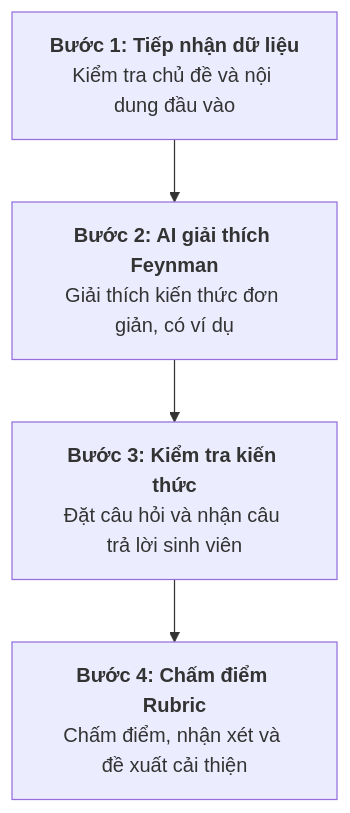
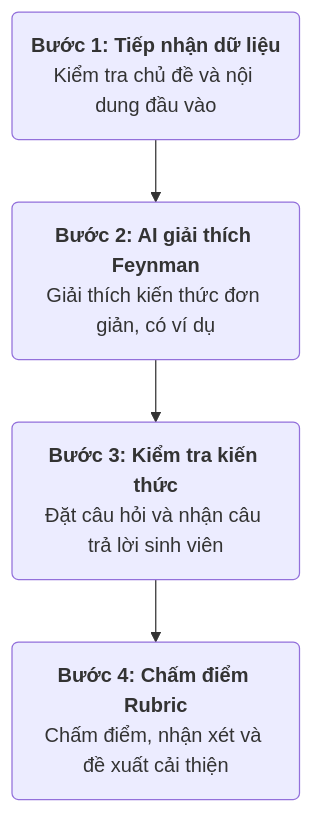
One commit to Duyanh2k8/HCM-KS26-CNTT1_PromptingAI_Session06_Ex03 changed the diagram in README.md. Above: the diagram before and after it, drawn with Mermaid.

````diff
--- a/README.md
+++ b/README.md
@@ -14,11 +14,11 @@
 ```mermaid
 flowchart TD
-  A["<b>Bước 1: Tiếp nhận dữ liệu</b></br>Kiểm tra chủ đề và nội dung đầu vào"]
-  B["<b>Bước 2: AI giải thích Feynman</b></br>Giải thích kiến thức đơn giản, có ví dụ"]
-  C["<b>Bước 3: Kiểm tra kiến thức</b></br>Đặt câu hỏi và nhận câu trả lời sinh viên"]
-  D["<b>Bước 4: Chấm điểm Rubric</b></br>Chấm điểm, nhận xét và đề xuất cải thiện"]
+  A("<b>Bước 1: Tiếp nhận dữ liệu</b></br>Kiểm tra chủ đề và nội dung đầu vào")
+  B("<b>Bước 2: AI giải thích Feynman</b></br>Giải thích kiến thức đơn giản, có ví dụ")
+  C("<b>Bước 3: Kiểm tra kiến thức</b></br>Đặt câu hỏi và nhận câu trả lời sinh viên")
+  D("<b>Bước 4: Chấm điểm Rubric</b></br>Chấm điểm, nhận xét và đề xuất cải thiện")
 
   A --> B
   B --> C
   C --> D
 ```
````
